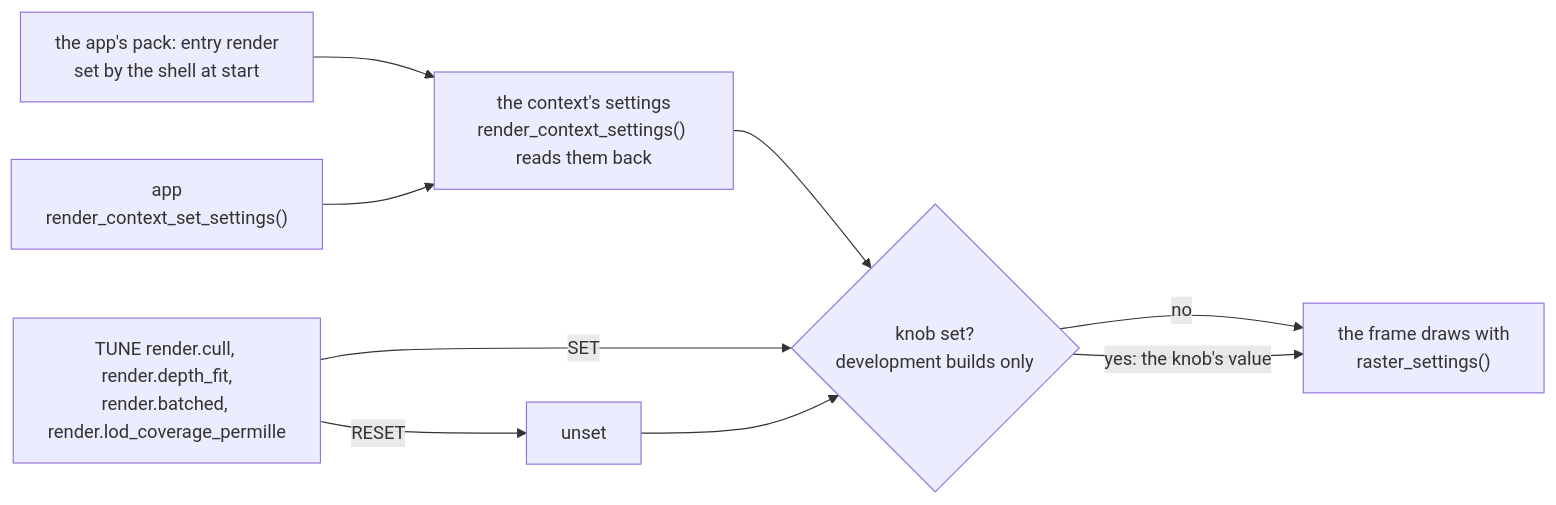
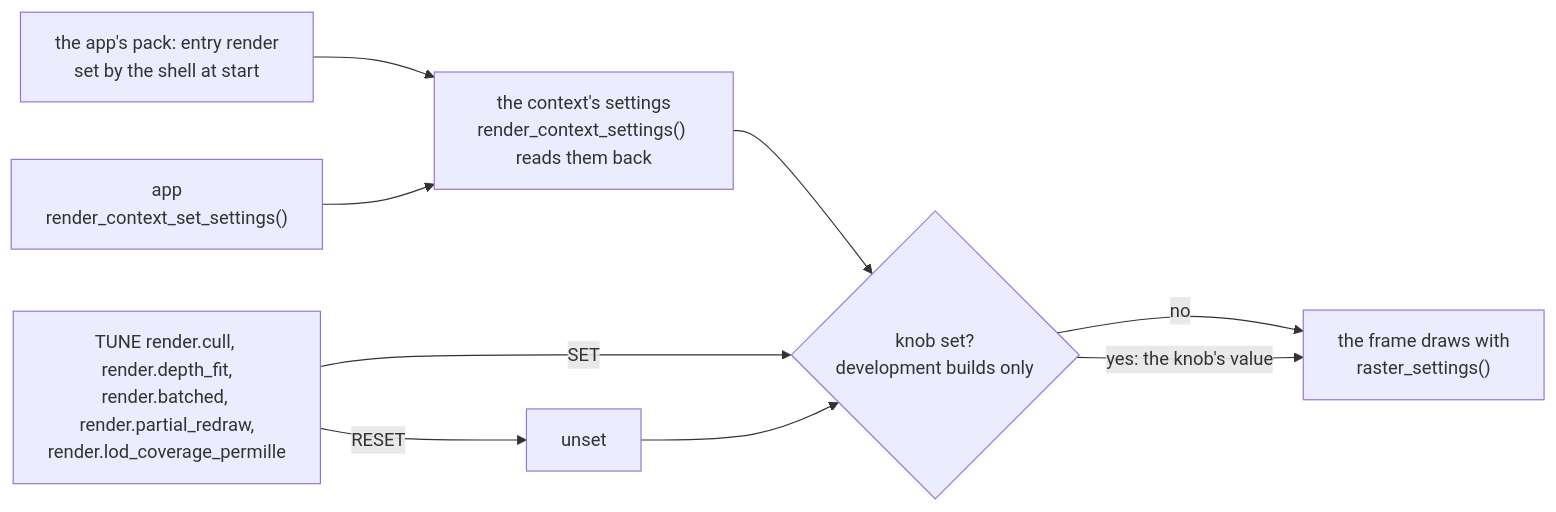
The first of 4 diagrams in docs/render/Render-Settings.md (jose-villegas/autana), drawn with Mermaid before and after one commit. The commit also changed other lines of this file and 14 other files, not shown here.

First line of the commit message:
render: partial redraw M1, a still camera redraws only the rows that changed (autana-22gu)

````diff
--- a/docs/render/Render-Settings.md
+++ b/docs/render/Render-Settings.md
@@ -14,11 +14,11 @@
 ```mermaid
 flowchart LR
     Asset["the app's pack: entry render<br/>set by the shell at start"] --> Settings
     App["app<br/>render_context_set_settings()"] --> Settings["the context's settings<br/>render_context_settings() reads them back"]
     Settings --> Pick{"knob set?<br/>development builds only"}
-    Knob["TUNE render.cull, render.depth_fit,<br/>render.batched, render.lod_coverage_permille"] -->|SET| Pick
+    Knob["TUNE render.cull, render.depth_fit,<br/>render.batched, render.partial_redraw,<br/>render.lod_coverage_permille"] -->|SET| Pick
     Knob -->|RESET| Unset["unset"]
     Unset --> Pick
     Pick -->|"no"| Frame["the frame draws with<br/>raster_settings()"]
     Pick -->|"yes: the knob's value"| Frame
 ```
````
